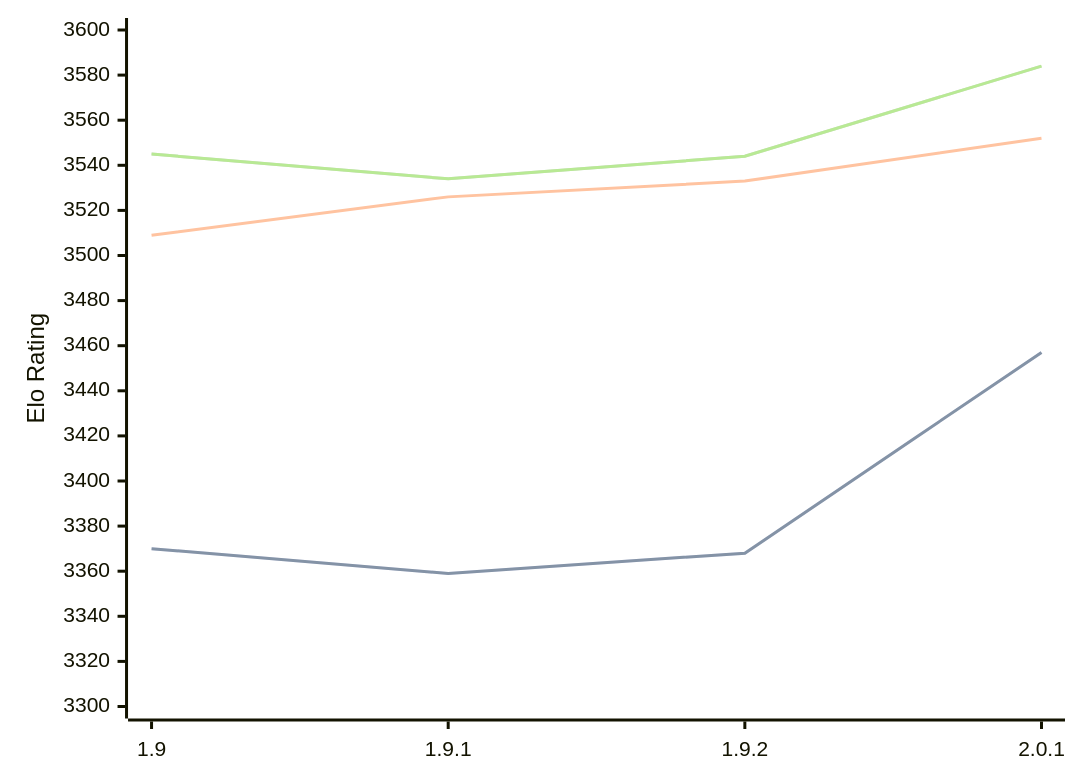
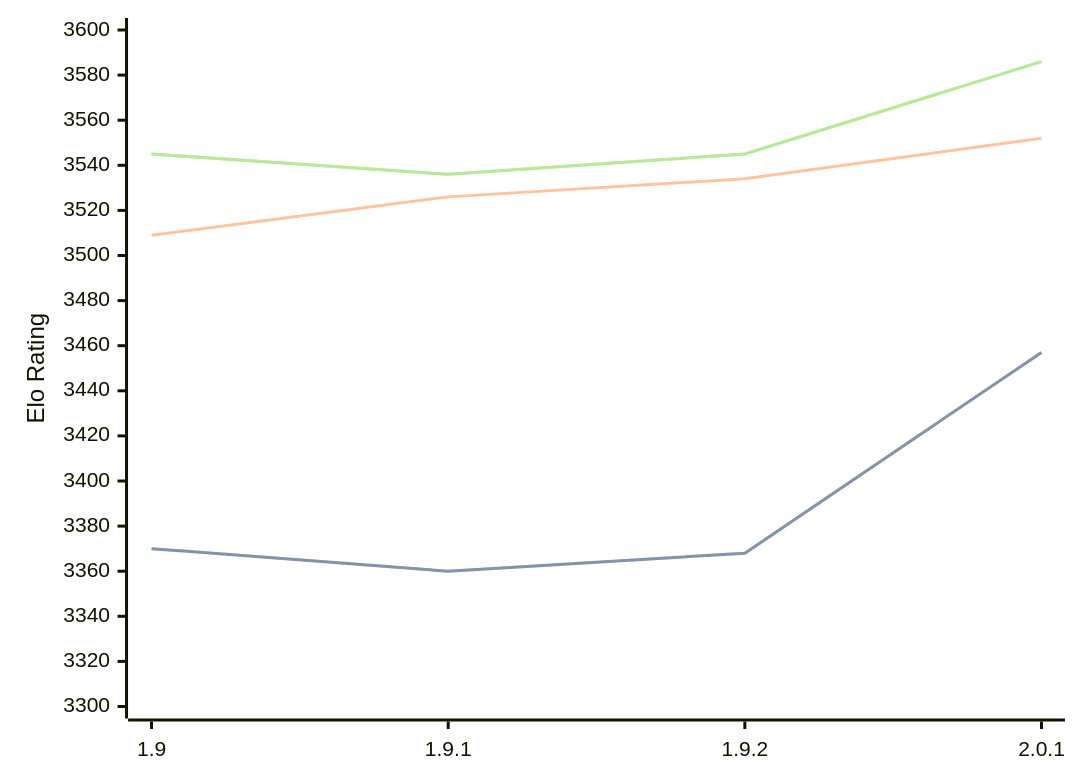
Before and after one commit to computer-chess-index/cci: the diagram in engines/Pawnocchio.md, drawn with Mermaid. The commit also changed other lines of this file, not shown here.

Commit message:
Update CCI Ratings (ELO VLTC) - 2026-08-19

````diff
--- a/engines/Pawnocchio.md
+++ b/engines/Pawnocchio.md
@@ -36,11 +36,11 @@
 ```mermaid
 %%{init: {"theme":"base","themeVariables":{"seriesColors:['#a3a3a3','#222221','#faa371']}}}%%
 xychart-beta
   x-axis ["1.9", "1.9.1", "1.9.2", "2.0.1"]
   y-axis "Elo Rating" 3300 --> 3600
-  line "STC (8.0+0.08s)" [3370, 3359, 3368, 3457]
-  line "STC (8.0+0.08s)" [3370, 3359, 3368, 3457]
-  line "LTC (60.0+0.60s)" [3509, 3526, 3533, 3552]
-  line "VLTC (2m24s+1.12s)" [3545, 3534, 3544, 3584]
-  line "VLTC (2m24s+1.12s)" [3545, 3534, 3544, 3584]
+  line "STC (8.0+0.08s)" [3370, 3360, 3368, 3457]
+  line "STC (8.0+0.08s)" [3370, 3360, 3368, 3457]
+  line "LTC (60.0+0.60s)" [3509, 3526, 3534, 3552]
+  line "VLTC (2m24s+1.12s)" [3545, 3536, 3545, 3586]
+  line "VLTC (2m24s+1.12s)" [3545, 3536, 3545, 3586]
 ```
````
